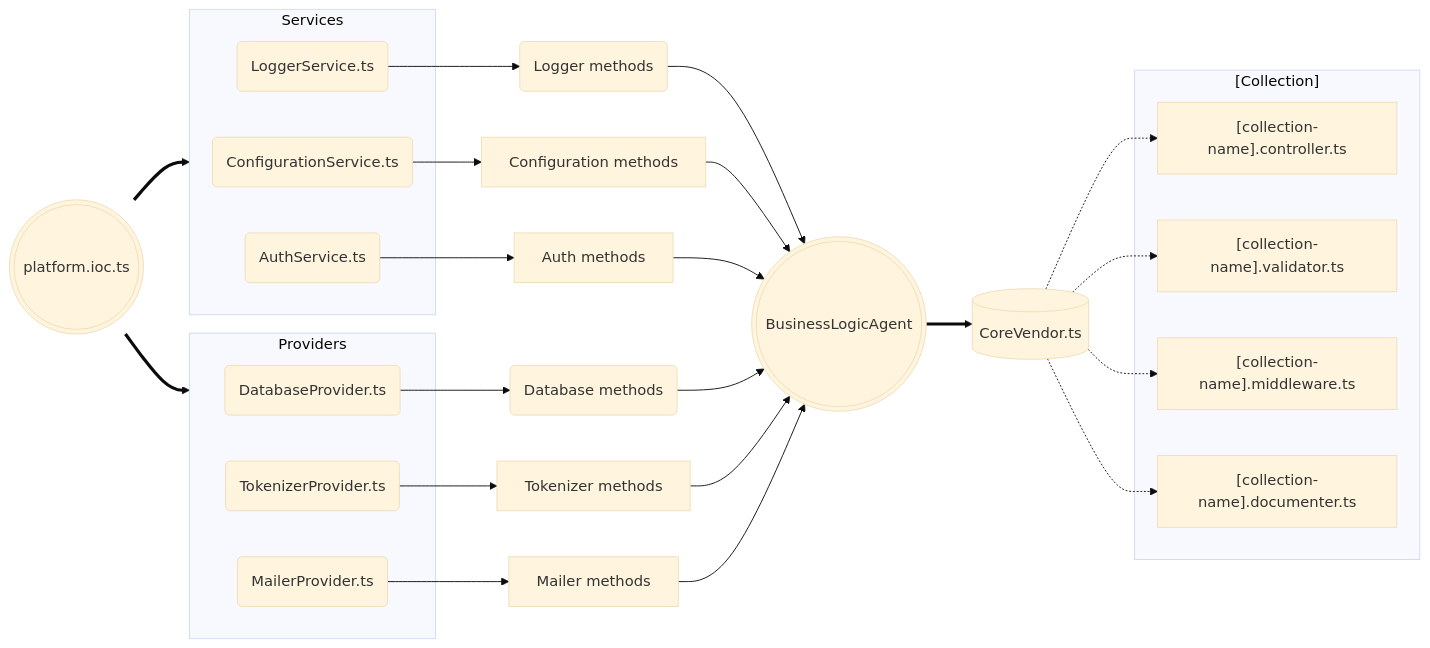
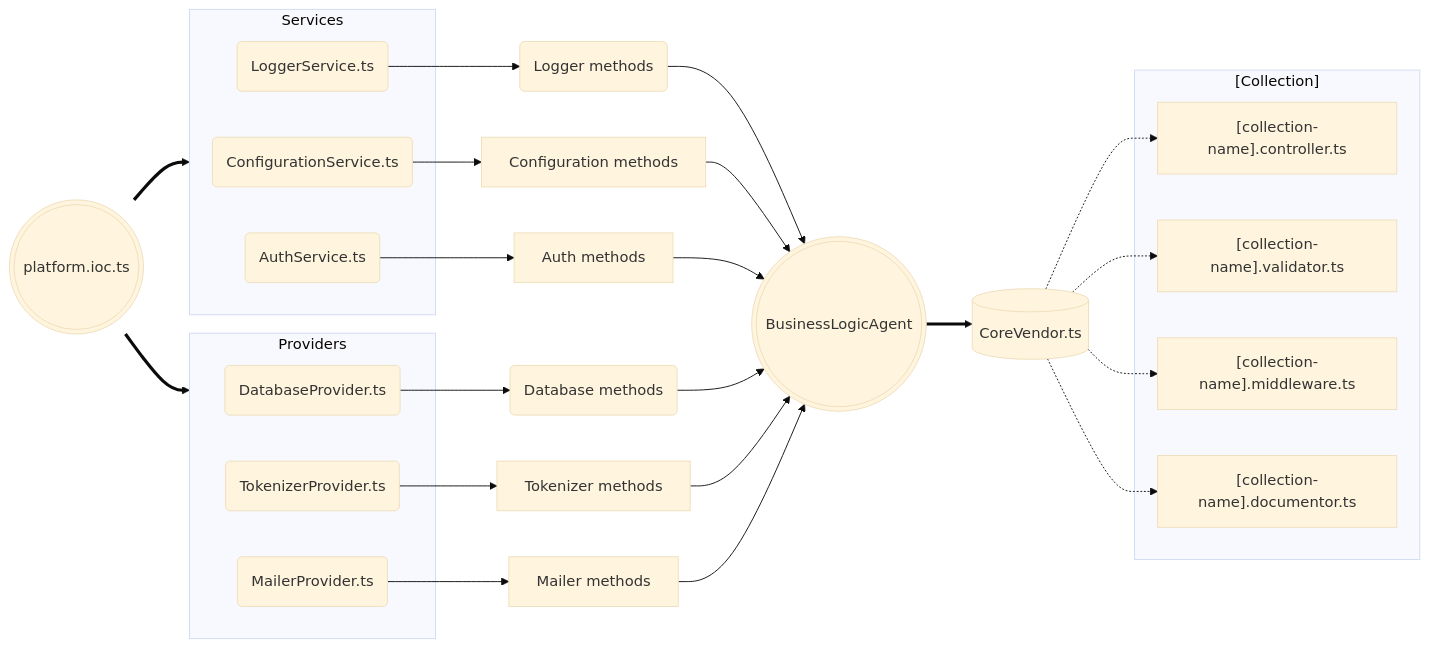
One commit to Avelate/avelate-documentation changed the second of 2 diagrams in documentation/server-platform/agents.md. Above: the diagram before and after it, drawn with Mermaid (base theme). The commit also changed other lines of this file, not shown here.

````diff
--- a/documentation/server-platform/agents.md
+++ b/documentation/server-platform/agents.md
@@ -95,46 +95,46 @@
 ```mermaid
     flowchart LR
     
     IocPlatform(((platform.ioc.ts))) ==> Services((Services))
     subgraph Services
     ConfigurationService(ConfigurationService.ts)
     LoggerService(LoggerService.ts)
     AuthService(AuthService.ts)
     end
     
     IocPlatform(((platform.ioc.ts))) ==> Providers((Providers))
     subgraph Providers
     DatabaseProvider(DatabaseProvider.ts)
     TokenizerProvider(TokenizerProvider.ts)
     MailerProvider(MailerProvider.ts)
     end
     
     LoggerService(LoggerService.ts) --> LoggerMethods(Logger methods)
     ConfigurationService(ConfigurationService.ts) --> ConfigurationMethods[Configuration methods]
     AuthService(AuthService.ts) --> AuthMethods[Auth methods]
     
     LoggerMethods(Logger methods) --> BaAgent(((BusinessLogicAgent)))
     ConfigurationMethods[Configuration methods] --> BaAgent(((BusinessLogicAgent)))
     AuthMethods[Auth methods] --> BaAgent(((BusinessLogicAgent)))
     
     DatabaseProvider(DatabaseProvider.ts) --> DatabaseMethods(Database methods)
     TokenizerProvider(TokenizerProvider.ts) --> TokenizerMethods[Tokenizer methods]
     MailerProvider(MailerProvider.ts) --> MailerMethods[Mailer methods]
     
     DatabaseMethods(Database methods) --> BaAgent(((BusinessLogicAgent)))
     TokenizerMethods[Tokenizer methods] --> BaAgent(((BusinessLogicAgent)))
     MailerMethods[Mailer methods] --> BaAgent(((BusinessLogicAgent)))
     
     BaAgent(((BusinessLogicAgent))) ==> as[(CoreVendor.ts)]
     as[(CoreVendor.ts)] -.-> collController["[collection-name].controller.ts"]
-    as[(CoreVendor.ts)] -.-> collvalidator["[collection-name].validator.ts"]
-    as[(CoreVendor.ts)] -.-> collmiddleware["[collection-name].middleware.ts"]
-    as[(CoreVendor.ts)] -.-> colldocumenter["[collection-name].documenter.ts"]
+    as[(CoreVendor.ts)] -.-> collValidator["[collection-name].validator.ts"]
+    as[(CoreVendor.ts)] -.-> collMiddleware["[collection-name].middleware.ts"]
+    as[(CoreVendor.ts)] -.-> collDocument["[collection-name].documentor.ts"]
     
     subgraph "[Collection]"
      collController["[collection-name].controller.ts"]
-     collvalidator["[collection-name].validator.ts"]
-     collmiddleware["[collection-name].middleware.ts"]
-     colldocumenter["[collection-name].documenter.ts"]
+     collValidator["[collection-name].validator.ts"]
+     collMiddleware["[collection-name].middleware.ts"]
+     collDocument["[collection-name].documentor.ts"]
     end
 ```
````
